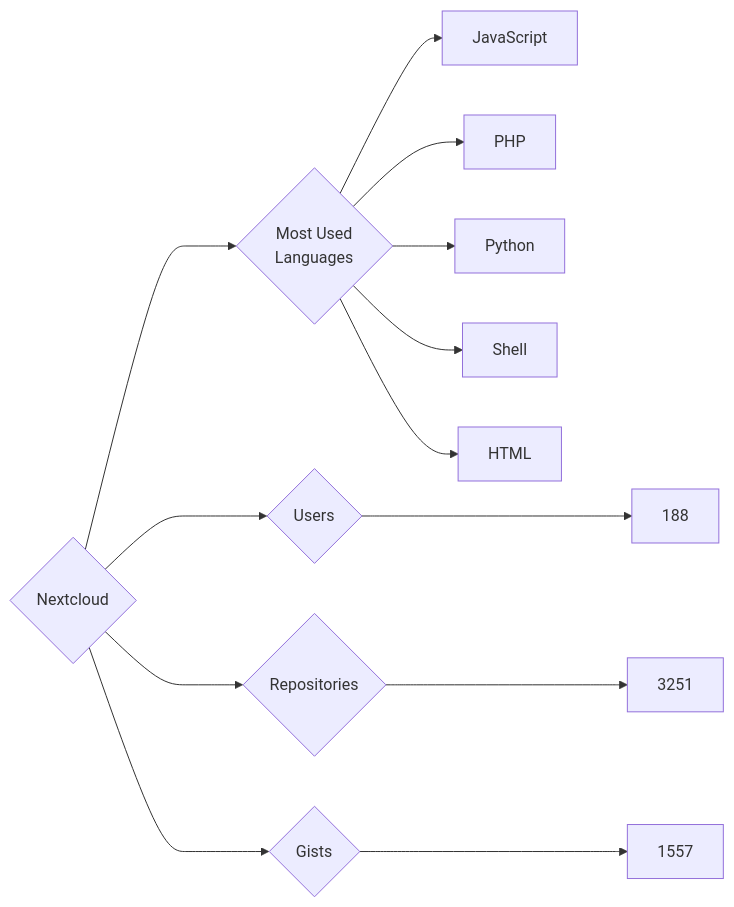
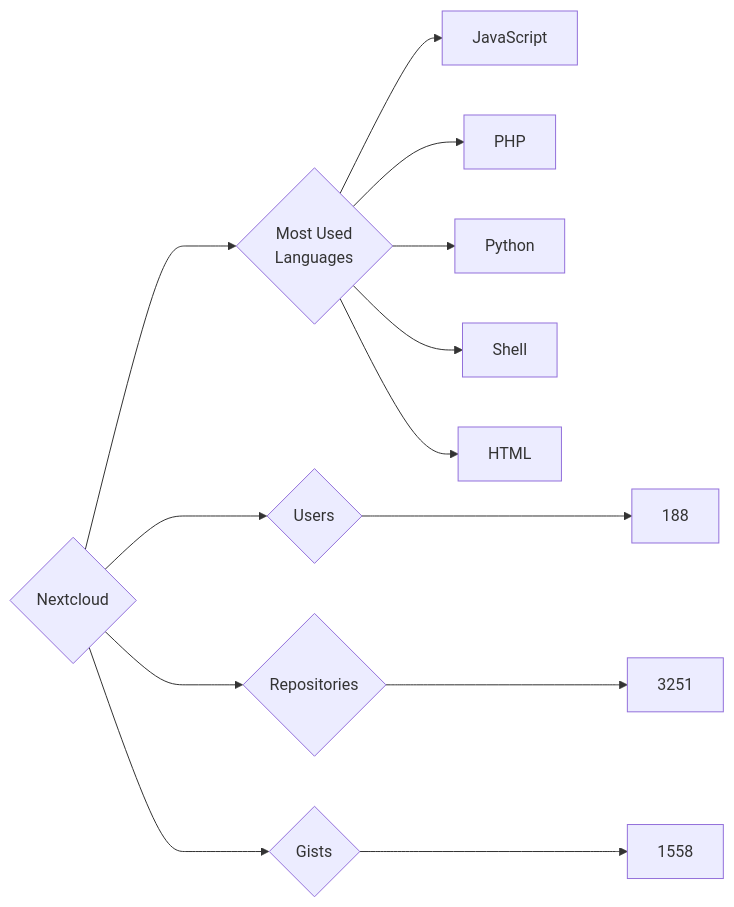
One commit to trickest/insiders changed the diagram in targets/Nextcloud/README.md. Above: the diagram before and after it, drawn with Mermaid. The commit also changed 969 other files, not shown here.

````diff
--- a/targets/Nextcloud/README.md
+++ b/targets/Nextcloud/README.md
@@ -3,13 +3,13 @@
 ```mermaid
 graph LR
 COMPANY_NAME{Nextcloud}
 COMPANY_NAME ---> U{Users} ---> UN[188]
 COMPANY_NAME ---> R{Repositories} ---> RN[3251]
-COMPANY_NAME ---> G{Gists} ---> GN[1557]
+COMPANY_NAME ---> G{Gists} ---> GN[1558]
 COMPANY_NAME ---> ML{Most Used<br>Languages}
 ML --> JavaScript[JavaScript]
 ML --> PHP[PHP]
 ML --> Python[Python]
 ML --> Shell[Shell]
 ML --> HTML[HTML]
 ```
````
